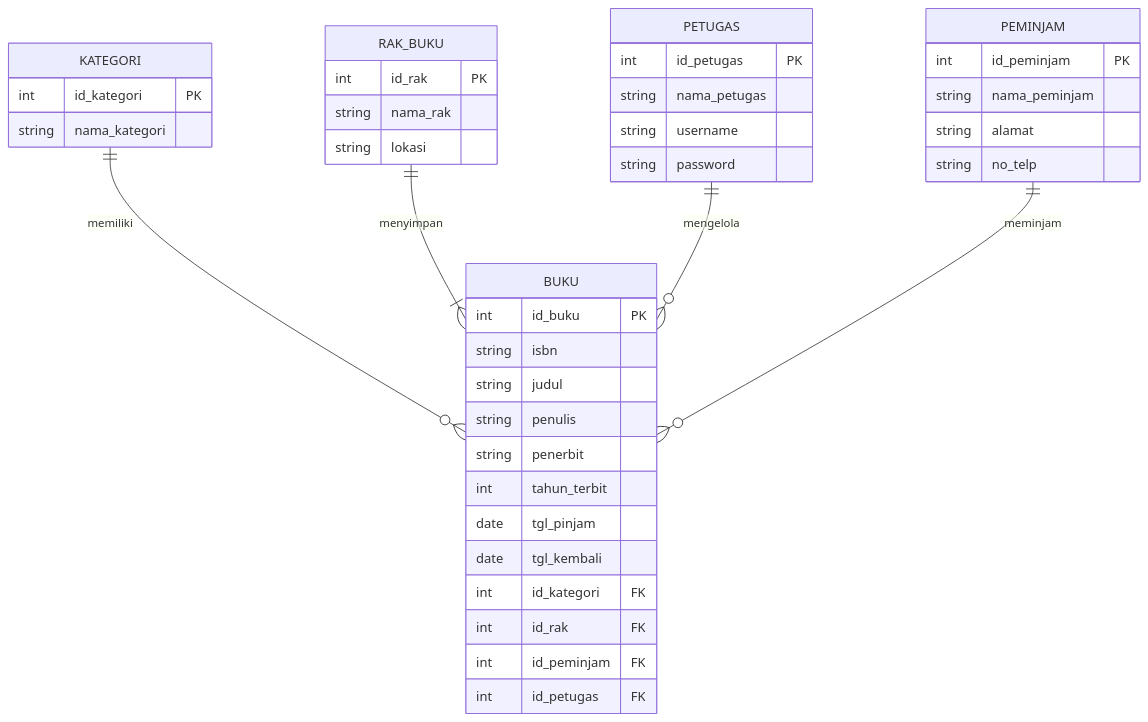
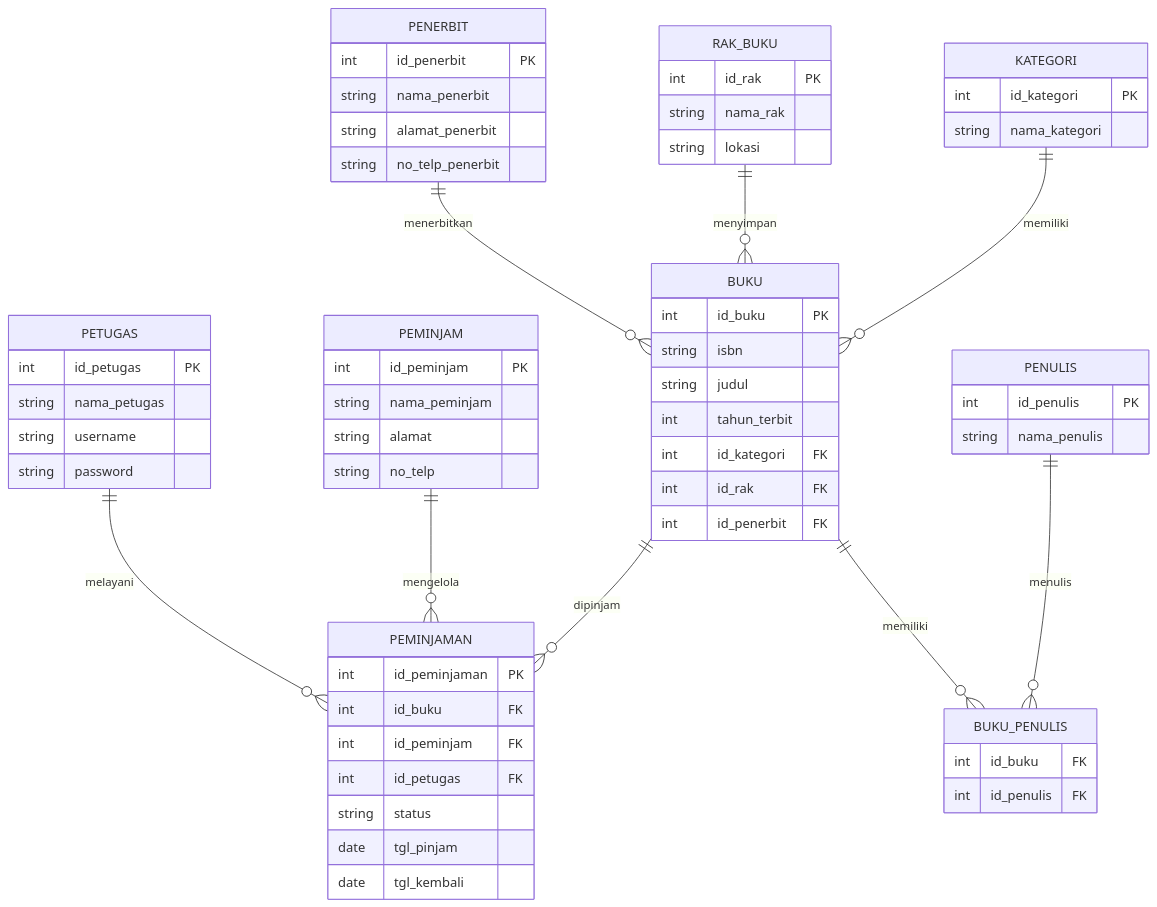
Before and after one commit to Vincentius31/koda-b6-db1: the diagram in README.md, drawn with Mermaid.

Commit message:
feat: adding new ERD that has been normalization form

````diff
--- a/README.md
+++ b/README.md
@@ -4,49 +4,75 @@
 ```mermaid
 erDiagram
     KATEGORI ||--o{ BUKU : "memiliki"
-    RAK_BUKU ||--|{ BUKU : "menyimpan"
-    PETUGAS ||--o{ BUKU : "mengelola"
-    PEMINJAM ||--o{ BUKU : "meminjam"
+    RAK_BUKU ||--o{ BUKU : "menyimpan"
+
+    BUKU ||--o{ PEMINJAMAN : "dipinjam"
+    PEMINJAM ||--o{ PEMINJAMAN : "mengelola"
+    PETUGAS ||--o{ PEMINJAMAN : "melayani"
+
+    PENERBIT ||--o{ BUKU : "menerbitkan"
+    PENULIS ||--o{ BUKU_PENULIS: "menulis"
+    BUKU ||--o{ BUKU_PENULIS : "memiliki"
 
     KATEGORI {
         int id_kategori PK
         string nama_kategori
     }
 
     RAK_BUKU {
         int id_rak PK
         string nama_rak
         string lokasi
     }
 
+    PENERBIT{
+        int id_penerbit PK
+        string nama_penerbit
+        string alamat_penerbit
+        string no_telp_penerbit
+    }
+
+    PENULIS{
+        int id_penulis PK
+        string nama_penulis
+    }
+
     BUKU {
         int id_buku PK
         string isbn
         string judul
-        string penulis
-        string penerbit
         int tahun_terbit
+        int id_kategori FK
+        int id_rak FK
+        int id_penerbit FK
+    }
+
+    BUKU_PENULIS{
+        int id_buku FK
+        int id_penulis FK
+    }
+
+    PEMINJAMAN{
+        int id_peminjaman PK
+        int id_buku FK
+        int id_peminjam FK
+        int id_petugas FK
+        string status
         date tgl_pinjam
         date tgl_kembali
-        int id_kategori FK
-        int id_rak FK
-        int id_peminjam FK
-        int id_petugas FK
     }
 
     PETUGAS {
         int id_petugas PK
         string nama_petugas
         string username
         string password
     }
 
     PEMINJAM {
         int id_peminjam PK
         string nama_peminjam
         string alamat
         string no_telp
     }
-
-
 ```
````
